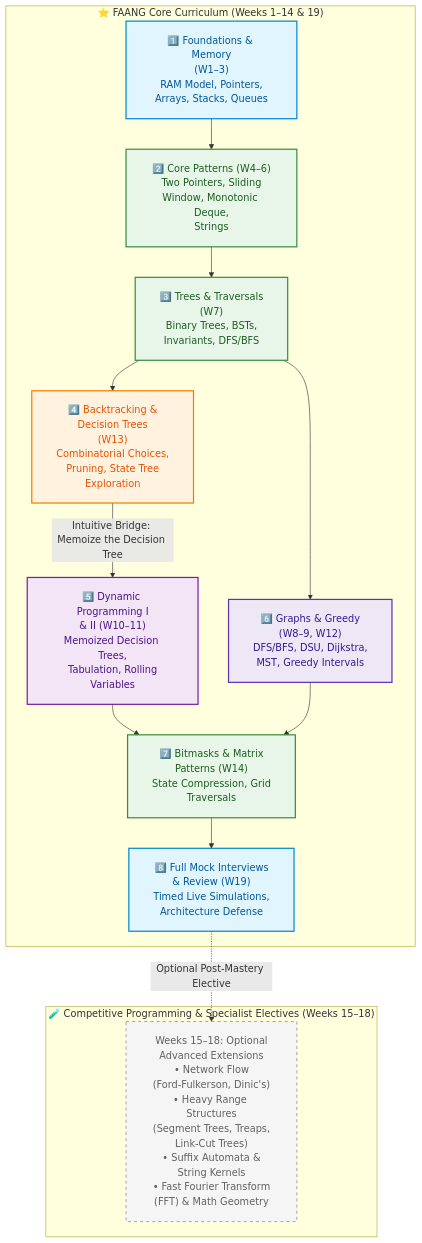
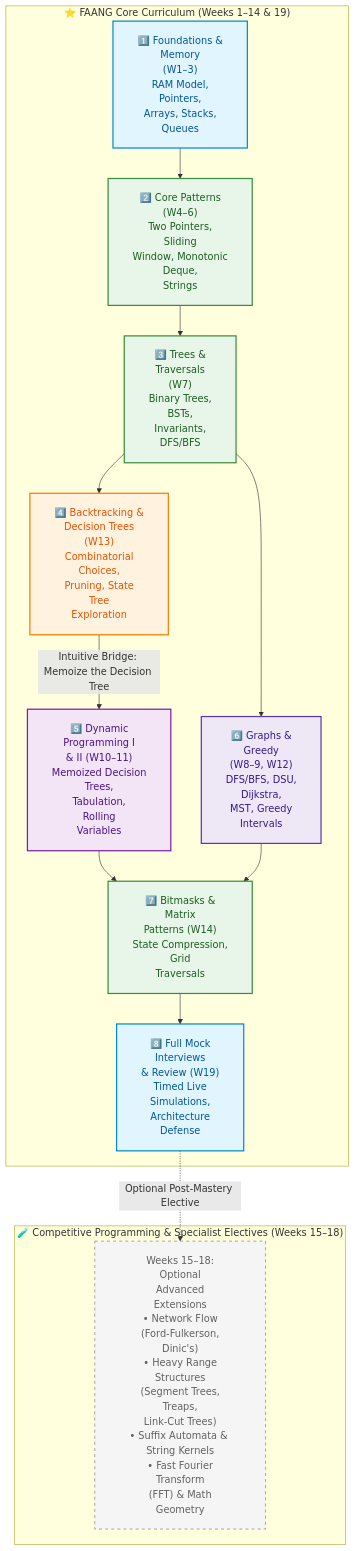
One commit to dip4k/DSA_102 changed the diagram in COMPLETE_SYLLABUS.md. Above: the diagram before and after it, drawn with Mermaid. The commit also changed 106 other files, not shown here.

First line of the commit message:
fix(mermaid): prevent text clipping with foreignObject overflow and tighter line wrapping

````diff
--- a/COMPLETE_SYLLABUS.md
+++ b/COMPLETE_SYLLABUS.md
@@ -47,34 +47,34 @@
 ```mermaid
-%%{init: {"flowchart": {"htmlLabels": true, "padding": 20}}}%%
+%%{init: {"flowchart": {"htmlLabels": true, "padding": 20}, "themeCSS": "foreignObject { overflow: visible !important; }"}}%%
 flowchart TD
     classDef foundation fill:#e1f5fe,stroke:#0288d1,color:#01579b,stroke-width:2px;
     classDef core fill:#e8f5e9,stroke:#388e3c,color:#1b5e20,stroke-width:2px;
     classDef bridge fill:#fff3e0,stroke:#f57c00,color:#e65100,stroke-width:2px;
     classDef dp fill:#f3e5f5,stroke:#7b1fa2,color:#4a148c,stroke-width:2px;
     classDef graphTopic fill:#ede7f6,stroke:#5e35b1,color:#311b92,stroke-width:2px;
     classDef elective fill:#f5f5f5,stroke:#9e9e9e,color:#616161,stroke-width:1.5px,stroke-dasharray: 5 5;
 
     subgraph Tier1["⭐ FAANG Core Curriculum (Weeks 1–14 & 19)"]
-        F["1️⃣ Foundations & Memory<br/>(W1–3)<br/>RAM Model, Pointers,<br/>Arrays, Stacks, Queues"]:::foundation
-        P["2️⃣ Core Patterns (W4–6)<br/>Two Pointers, Sliding<br/>Window, Monotonic Deque,<br/>Strings"]:::core
-        T["3️⃣ Trees & Traversals<br/>(W7)<br/>Binary Trees, BSTs,<br/>Invariants, DFS/BFS"]:::core
-        BT["4️⃣ Backtracking &<br/>Decision Trees<br/>(W13)<br/>Combinatorial Choices,<br/>Pruning, State Tree<br/>Exploration"]:::bridge
-        DP["5️⃣ Dynamic Programming I<br/>& II (W10–11)<br/>Memoized Decision Trees,<br/>Tabulation, Rolling<br/>Variables"]:::dp
-        G["6️⃣ Graphs & Greedy<br/>(W8–9, W12)<br/>DFS/BFS, DSU, Dijkstra,<br/>MST, Greedy Intervals"]:::graphTopic
-        M["7️⃣ Bitmasks & Matrix<br/>Patterns (W14)<br/>State Compression, Grid<br/>Traversals"]:::core
-        Mock["8️⃣ Full Mock Interviews<br/>& Review (W19)<br/>Timed Live Simulations,<br/>Architecture Defense"]:::foundation
+        F["1️⃣ Foundations &<br/>Memory<br/>(W1–3)<br/>RAM Model,<br/>Pointers,<br/>Arrays, Stacks,<br/>Queues"]:::foundation
+        P["2️⃣ Core Patterns<br/>(W4–6)<br/>Two Pointers,<br/>Sliding<br/>Window, Monotonic<br/>Deque,<br/>Strings"]:::core
+        T["3️⃣ Trees &<br/>Traversals<br/>(W7)<br/>Binary Trees,<br/>BSTs,<br/>Invariants,<br/>DFS/BFS"]:::core
+        BT["4️⃣ Backtracking &<br/>Decision Trees<br/>(W13)<br/>Combinatorial<br/>Choices,<br/>Pruning, State<br/>Tree<br/>Exploration"]:::bridge
+        DP["5️⃣ Dynamic<br/>Programming I<br/>& II (W10–11)<br/>Memoized Decision<br/>Trees,<br/>Tabulation,<br/>Rolling<br/>Variables"]:::dp
+        G["6️⃣ Graphs &<br/>Greedy<br/>(W8–9, W12)<br/>DFS/BFS, DSU,<br/>Dijkstra,<br/>MST, Greedy<br/>Intervals"]:::graphTopic
+        M["7️⃣ Bitmasks &<br/>Matrix<br/>Patterns (W14)<br/>State Compression,<br/>Grid<br/>Traversals"]:::core
+        Mock["8️⃣ Full Mock<br/>Interviews<br/>& Review (W19)<br/>Timed Live<br/>Simulations,<br/>Architecture<br/>Defense"]:::foundation
 
         F --> P --> T --> BT
         BT -->|Intuitive Bridge: Memoize the Decision Tree| DP
         T --> G
         DP --> M
         G --> M
         M --> Mock
     end
 
     subgraph Tier2["🧪 Competitive Programming & Specialist Electives (Weeks 15–18)"]
-        E["Weeks 15–18: Optional<br/>Advanced Extensions<br/>• Network Flow<br/>(Ford-Fulkerson, Dinic's)<br/>• Heavy Range Structures<br/>(Segment Trees, Treaps,<br/>Link-Cut Trees)<br/>• Suffix Automata &<br/>String Kernels<br/>• Fast Fourier Transform<br/>(FFT) & Math Geometry"]:::elective
+        E["Weeks 15–18:<br/>Optional<br/>Advanced<br/>Extensions<br/>• Network Flow<br/>(Ford-Fulkerson,<br/>Dinic's)<br/>• Heavy Range<br/>Structures<br/>(Segment Trees,<br/>Treaps,<br/>Link-Cut Trees)<br/>• Suffix Automata & String Kernels<br/>• Fast Fourier<br/>Transform<br/>(FFT) & Math<br/>Geometry"]:::elective
     end
 
     Mock -.->|Optional Post-Mastery Elective| E
 ```
````
